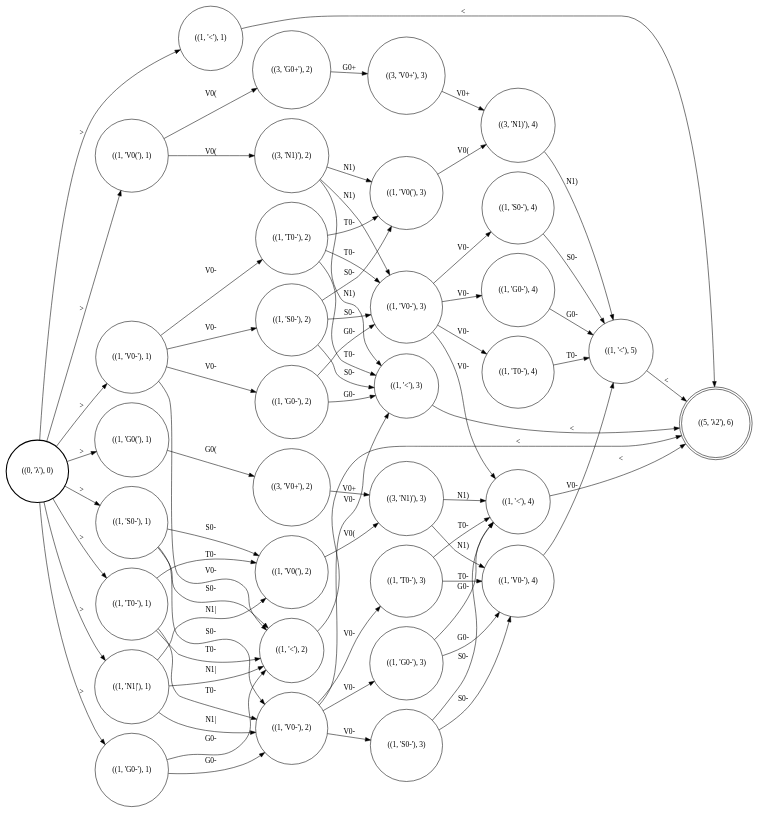
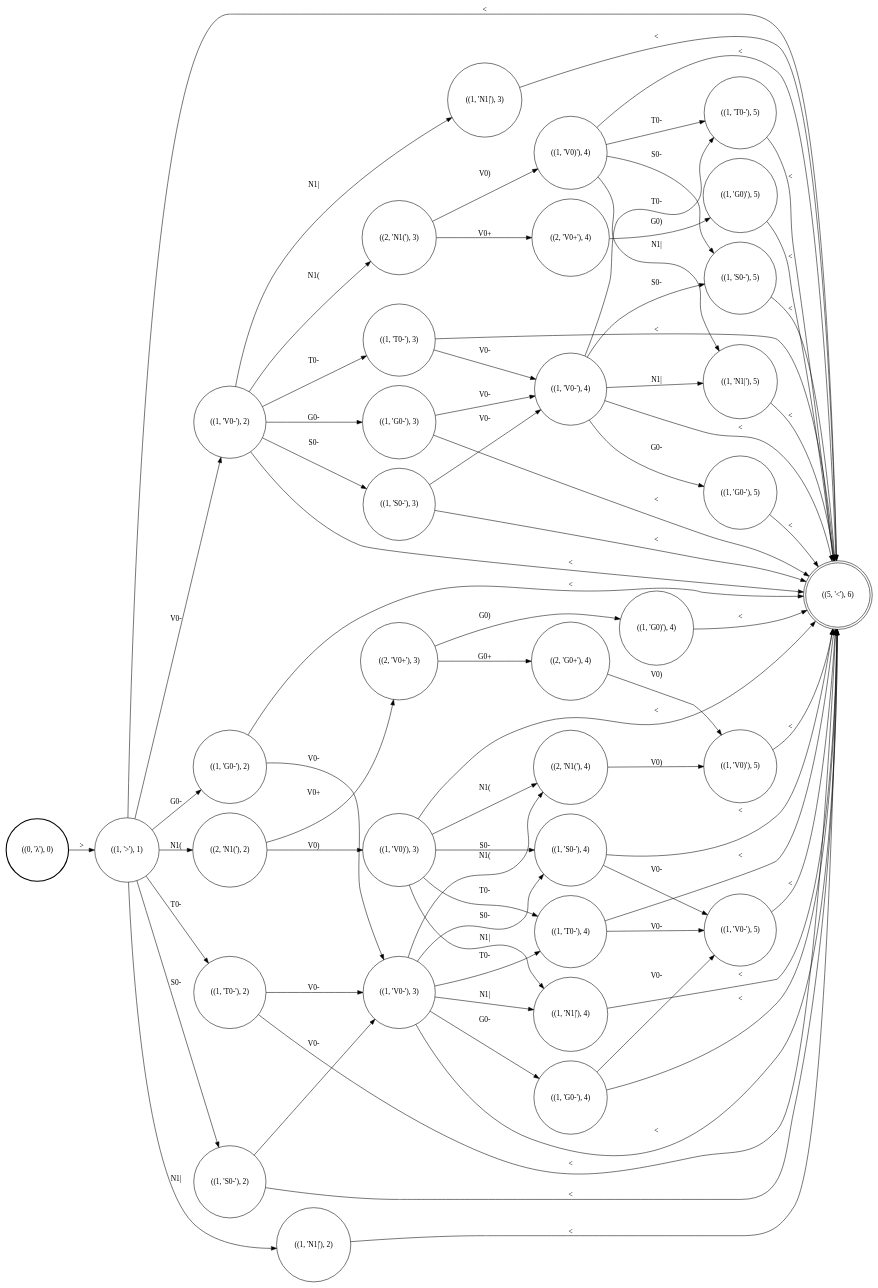
Before and after one commit to colincwilson/statgram: the diagram in demo/nasal_spreading/Output_nasal.dot, drawn with Graphviz. The commit also changed 12 other files, not shown here.

```diff
--- a/demo/nasal_spreading/Output_nasal.dot
+++ b/demo/nasal_spreading/Output_nasal.dot
@@ -1,106 +1,110 @@
 digraph G {
 rankdir=LR;
 node [shape=circle]
-0 [label="((3, 'V0+'), 3)"]
-1 [label="((1, 'S0-'), 1)"]
-2 [label="((1, '<'), 3)"]
-3 [label="((1, 'V0-'), 2)"]
-4 [label="((3, 'G0+'), 2)"]
-5 [label="((1, 'G0-'), 3)"]
-6 [label="((1, 'G0('), 1)"]
-7 [label="((3, 'N1)'), 2)"]
-8 [label="((1, 'V0('), 3)"]
-9 [label="((1, 'T0-'), 2)"]
-10 [label="((1, '<'), 2)"]
-11 [label="((1, 'V0-'), 3)"]
-12 [label="((1, 'S0-'), 4)"]
-13 [label="((3, 'N1)'), 3)"]
-14 [label="((1, 'V0('), 2)"]
-15 [label="((1, 'T0-'), 3)"]
-16 [label="((1, '<'), 5)"]
-17 [label="((1, 'G0-'), 4)"]
-18 [label="((1, 'S0-'), 3)"]
-19 [label="((1, '<'), 1)"]
-20 [label="((1, 'V0-'), 4)"]
-21 [label="((3, 'N1)'), 4)"]
-22 [label="((1, 'V0('), 1)"]
-23 [style=bold label="((0, 'λ'), 0)"]
-24 [label="((1, 'G0-'), 1)"]
-25 [label="((1, '<'), 4)"]
-26 [label="((1, 'T0-'), 4)"]
-27 [label="((1, 'V0-'), 1)"]
-28 [label="((1, 'N1|'), 1)"]
-29 [label="((3, 'V0+'), 2)"]
-30 [label="((1, 'S0-'), 2)"]
-31 [shape=doublecircle label="((5, 'λ2'), 6)"]
-32 [label="((1, 'T0-'), 1)"]
-33 [label="((1, 'G0-'), 2)"]
-32 -> 14 [label="T0-"]
-25 -> 31 [label="<"]
-32 -> 3 [label="T0-"]
-9 -> 11 [label="T0-"]
-23 -> 19 [label=">"]
-19 -> 31 [label="<"]
-7 -> 2 [label="N1)"]
-15 -> 25 [label="T0-"]
-11 -> 12 [label="V0-"]
-7 -> 8 [label="N1)"]
-23 -> 6 [label=">"]
-1 -> 14 [label="S0-"]
-23 -> 1 [label=">"]
-1 -> 3 [label="S0-"]
-7 -> 11 [label="N1)"]
-13 -> 20 [label="N1)"]
-1 -> 10 [label="S0-"]
-23 -> 32 [label=">"]
-29 -> 13 [label="V0+"]
-5 -> 20 [label="G0-"]
-27 -> 9 [label="V0-"]
-5 -> 25 [label="G0-"]
-24 -> 3 [label="G0-"]
-20 -> 16 [label="V0-"]
-14 -> 13 [label="V0("]
-27 -> 30 [label="V0-"]
-33 -> 11 [label="G0-"]
-9 -> 8 [label="T0-"]
-27 -> 10 [label="V0-"]
-24 -> 10 [label="G0-"]
-11 -> 25 [label="V0-"]
-27 -> 33 [label="V0-"]
-33 -> 2 [label="G0-"]
-11 -> 17 [label="V0-"]
-4 -> 0 [label="G0+"]
-18 -> 20 [label="S0-"]
-12 -> 16 [label="S0-"]
-28 -> 14 [label="N1|"]
-3 -> 15 [label="V0-"]
-18 -> 25 [label="S0-"]
-28 -> 10 [label="N1|"]
-3 -> 18 [label="V0-"]
-28 -> 3 [label="N1|"]
-2 -> 31 [label="<"]
-8 -> 21 [label="V0("]
-22 -> 4 [label="V0("]
-3 -> 2 [label="V0-"]
-23 -> 22 [label=">"]
-3 -> 5 [label="V0-"]
-17 -> 16 [label="G0-"]
-30 -> 8 [label="S0-"]
-15 -> 20 [label="T0-"]
-26 -> 16 [label="T0-"]
-23 -> 27 [label=">"]
-22 -> 7 [label="V0("]
-6 -> 29 [label="G0("]
-0 -> 21 [label="V0+"]
-30 -> 11 [label="S0-"]
-11 -> 26 [label="V0-"]
-23 -> 24 [label=">"]
-30 -> 2 [label="S0-"]
-13 -> 25 [label="N1)"]
-16 -> 31 [label="<"]
-9 -> 2 [label="T0-"]
-10 -> 31 [label="<"]
-21 -> 16 [label="N1)"]
-23 -> 28 [label=">"]
-32 -> 10 [label="T0-"]
+0 [shape=doublecircle label="((5, '<'), 6)"]
+1 [label="((2, 'V0+'), 3)"]
+2 [label="((1, 'T0-'), 4)"]
+3 [label="((1, 'S0-'), 3)"]
+4 [label="((1, 'V0)'), 4)"]
+5 [label="((2, 'G0+'), 4)"]
+6 [label="((1, 'N1|'), 4)"]
+7 [label="((1, 'S0-'), 4)"]
+8 [label="((1, 'G0-'), 2)"]
+9 [label="((2, 'N1('), 4)"]
+10 [style=bold label="((0, 'λ'), 0)"]
+11 [label="((1, 'T0-'), 5)"]
+12 [label="((1, 'V0-'), 3)"]
+13 [label="((1, 'V0)'), 5)"]
+14 [label="((1, 'G0)'), 4)"]
+15 [label="((1, 'N1|'), 3)"]
+16 [label="((1, 'S0-'), 5)"]
+17 [label="((1, 'G0-'), 5)"]
+18 [label="((2, 'V0+'), 4)"]
+19 [label="((1, 'V0-'), 2)"]
+20 [label="((1, '>'), 1)"]
+21 [label="((2, 'N1('), 2)"]
+22 [label="((1, 'G0)'), 5)"]
+23 [label="((1, 'T0-'), 2)"]
+24 [label="((1, 'N1|'), 2)"]
+25 [label="((1, 'G0-'), 4)"]
+26 [label="((1, 'V0-'), 5)"]
+27 [label="((2, 'N1('), 3)"]
+28 [label="((1, 'T0-'), 3)"]
+29 [label="((1, 'S0-'), 2)"]
+30 [label="((1, 'N1|'), 5)"]
+31 [label="((1, 'V0)'), 3)"]
+32 [label="((1, 'V0-'), 4)"]
+33 [label="((1, 'G0-'), 3)"]
+20 -> 8 [label="G0-"]
+32 -> 17 [label="G0-"]
+3 -> 32 [label="V0-"]
+20 -> 23 [label="T0-"]
+32 -> 11 [label="T0-"]
+28 -> 32 [label="V0-"]
+20 -> 0 [label="<"]
+32 -> 16 [label="S0-"]
+28 -> 0 [label="<"]
+20 -> 29 [label="S0-"]
+32 -> 30 [label="N1|"]
+1 -> 5 [label="G0+"]
+15 -> 0 [label="<"]
+20 -> 24 [label="N1|"]
+32 -> 0 [label="<"]
+31 -> 7 [label="S0-"]
+20 -> 19 [label="V0-"]
+11 -> 0 [label="<"]
+31 -> 6 [label="N1|"]
+19 -> 27 [label="N1("]
+13 -> 0 [label="<"]
+31 -> 9 [label="N1("]
+19 -> 33 [label="G0-"]
+22 -> 0 [label="<"]
+31 -> 2 [label="T0-"]
+19 -> 28 [label="T0-"]
+30 -> 0 [label="<"]
+3 -> 0 [label="<"]
+31 -> 0 [label="<"]
+19 -> 3 [label="S0-"]
+17 -> 0 [label="<"]
+33 -> 0 [label="<"]
+9 -> 13 [label="V0)"]
+19 -> 15 [label="N1|"]
+16 -> 0 [label="<"]
+33 -> 32 [label="V0-"]
+19 -> 0 [label="<"]
+26 -> 0 [label="<"]
+18 -> 22 [label="G0)"]
+24 -> 0 [label="<"]
+21 -> 1 [label="V0+"]
+2 -> 26 [label="V0-"]
+21 -> 31 [label="V0)"]
+2 -> 0 [label="<"]
+8 -> 0 [label="<"]
+8 -> 12 [label="V0-"]
+5 -> 13 [label="V0)"]
+29 -> 0 [label="<"]
+4 -> 16 [label="S0-"]
+29 -> 12 [label="V0-"]
+4 -> 30 [label="N1|"]
+23 -> 12 [label="V0-"]
+23 -> 0 [label="<"]
+4 -> 11 [label="T0-"]
+12 -> 9 [label="N1("]
+4 -> 0 [label="<"]
+12 -> 25 [label="G0-"]
+6 -> 0 [label="<"]
+12 -> 2 [label="T0-"]
+14 -> 0 [label="<"]
+12 -> 7 [label="S0-"]
+25 -> 0 [label="<"]
+12 -> 6 [label="N1|"]
+25 -> 26 [label="V0-"]
+12 -> 0 [label="<"]
+7 -> 0 [label="<"]
+27 -> 18 [label="V0+"]
+7 -> 26 [label="V0-"]
+27 -> 4 [label="V0)"]
+1 -> 14 [label="G0)"]
+10 -> 20 [label=">"]
+20 -> 21 [label="N1("]
 }
```
